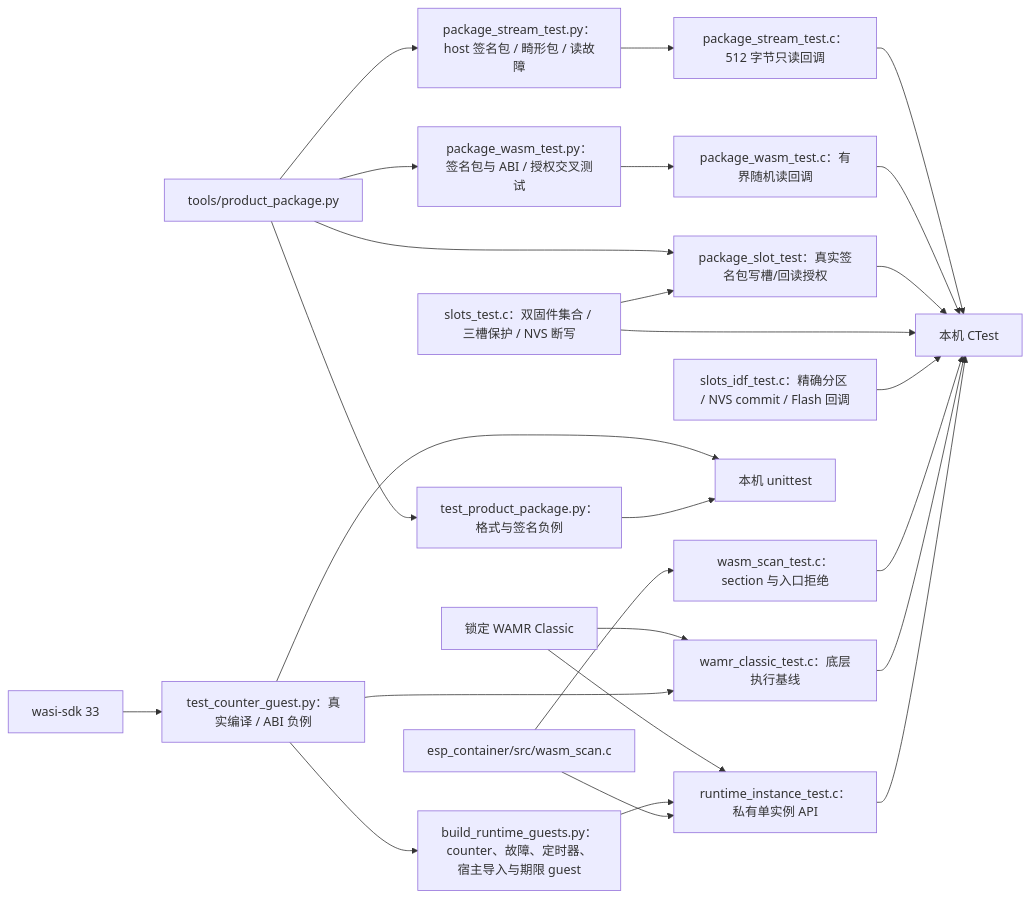
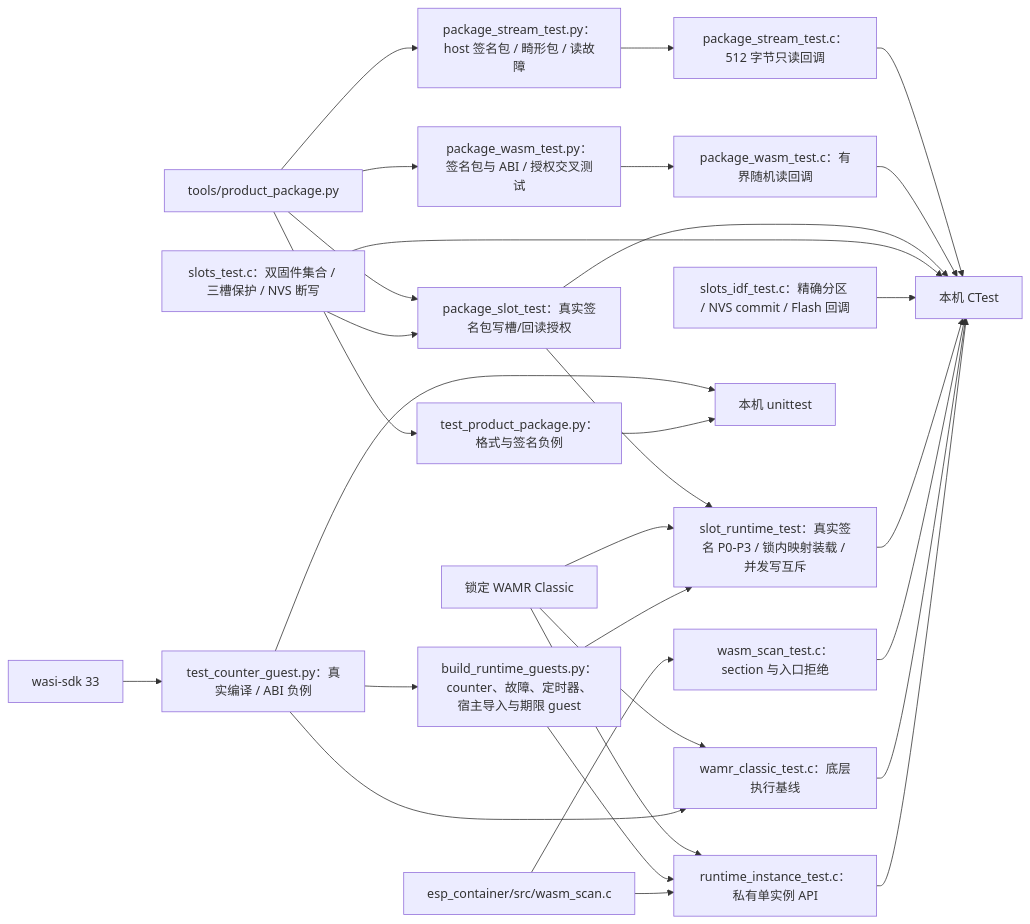
Before and after one commit to darren-you/esp-container: the diagram in tests/README.md, drawn with Mermaid. The commit also changed other lines of this file and 45 other files, not shown here.

````diff
--- a/tests/README.md
+++ b/tests/README.md
@@ -5,28 +5,32 @@
 ```mermaid
 flowchart LR
     package["tools/product_package.py"] --> py["test_product_package.py：格式与签名负例"]
     package --> stream["package_stream_test.py：host 签名包 / 畸形包 / 读故障"]
     stream --> reader["package_stream_test.c：512 字节只读回调"]
     package --> static["package_wasm_test.py：签名包与 ABI / 授权交叉测试"]
     static --> static_reader["package_wasm_test.c：有界随机读回调"]
     reader --> ctest
     static_reader --> ctest
     package --> slot_admission["package_slot_test：真实签名包写槽/回读授权"]
     slots --> slot_admission
     slot_admission --> ctest
+    slot_admission --> slot_runtime["slot_runtime_test：真实签名 P0-P3 / 锁内映射装载 / 并发写互斥"]
     slots["slots_test.c：双固件集合 / 三槽保护 / NVS 断写"] --> ctest
     idf_slots["slots_idf_test.c：精确分区 / NVS commit / Flash 回调"] --> ctest
     scanner["esp_container/src/wasm_scan.c"] --> c["wasm_scan_test.c：section 与入口拒绝"]
     wasi["wasi-sdk 33"] --> guest["test_counter_guest.py：真实编译 / ABI 负例"]
     guest --> host
     wamr["锁定 WAMR Classic"] --> baseline["wamr_classic_test.c：底层执行基线"]
     guest --> baseline
     guest --> fixtures["build_runtime_guests.py：counter、故障、定时器、宿主导入与期限 guest"]
     wamr --> instance["runtime_instance_test.c：私有单实例 API"]
+    wamr --> slot_runtime
+    fixtures --> slot_runtime
+    slot_runtime --> ctest
     fixtures --> instance
     scanner --> instance
     py --> host["本机 unittest"]
     c --> ctest["本机 CTest"]
     baseline --> ctest
     instance --> ctest
 ```
````
